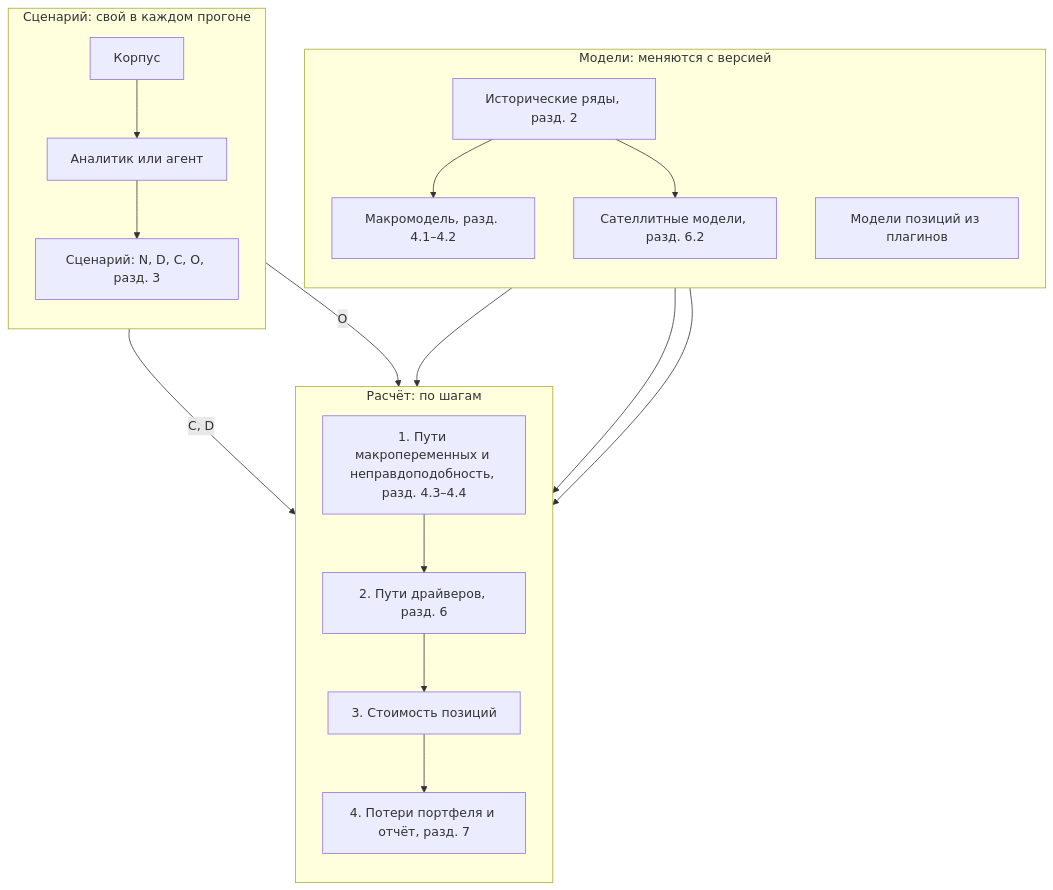
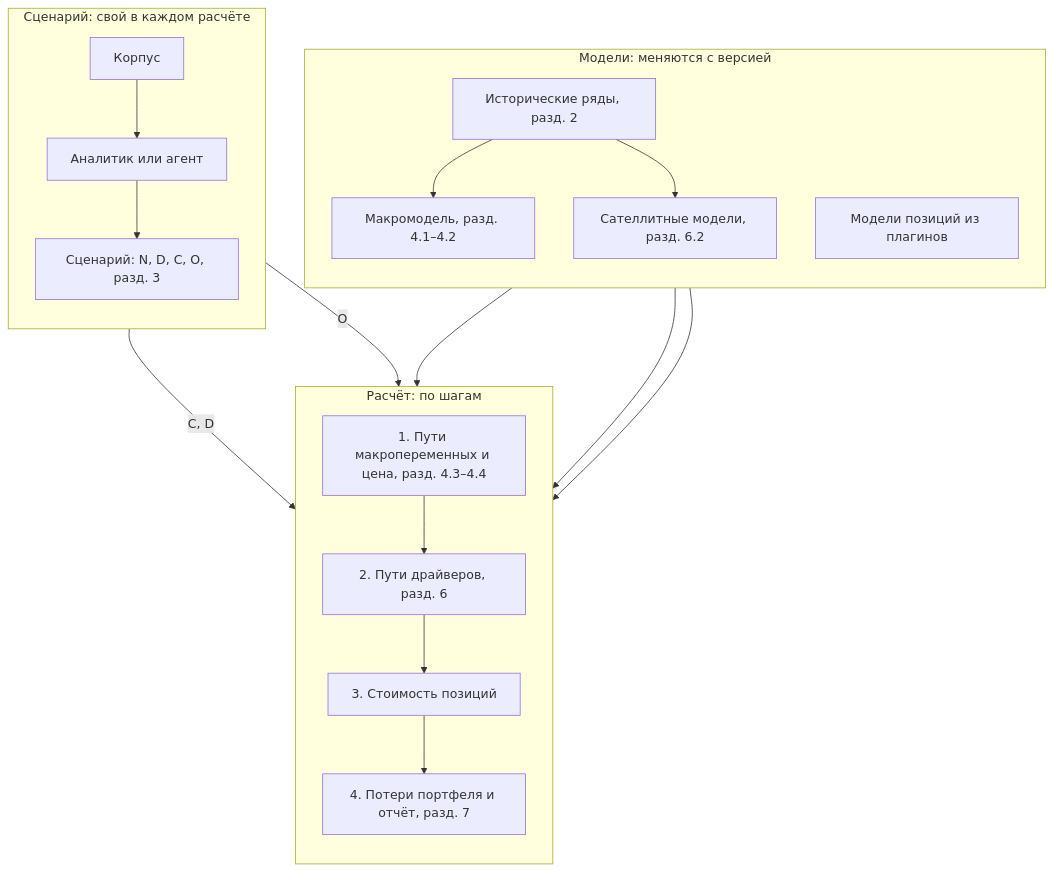
The diagram in docs/concept/scenario-formalization.md (LeoLourson/MacroStress-DSH), drawn with Mermaid before and after one commit. The commit also changed other lines of this file and 76 other files, not shown here.

````diff
--- a/docs/concept/scenario-formalization.md
+++ b/docs/concept/scenario-formalization.md
@@ -10,28 +10,28 @@
 ```mermaid
 flowchart TB
     subgraph models["Модели: меняются с версией"]
         direction TB
         data["Исторические ряды, разд. 2"] --> macro["Макромодель, разд. 4.1–4.2"]
         data --> satellites["Сателлитные модели, разд. 6.2"]
         positions["Модели позиций из плагинов"]
     end
 
-    subgraph scenario["Сценарий: свой в каждом прогоне"]
+    subgraph scenario["Сценарий: свой в каждом расчёте"]
         direction TB
         corpus["Корпус"] --> author["Аналитик или агент"]
         author --> s["Сценарий: N, D, C, O, разд. 3"]
     end
 
     subgraph calc["Расчёт: по шагам"]
         direction TB
-        step1["1. Пути макропеременных и неправдоподобность, разд. 4.3–4.4"] --> step2["2. Пути драйверов, разд. 6"]
+        step1["1. Пути макропеременных и цена, разд. 4.3–4.4"] --> step2["2. Пути драйверов, разд. 6"]
         step2 --> step3["3. Стоимость позиций"]
         step3 --> step4["4. Потери портфеля и отчёт, разд. 7"]
     end
 
     macro --> step1
     s -- "C, D" --> step1
     satellites --> step2
     s -- "O" --> step2
     positions --> step3
 ```
````
